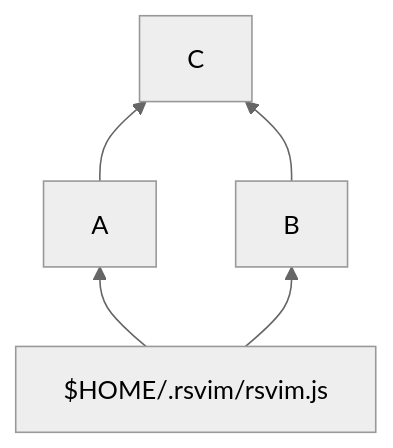
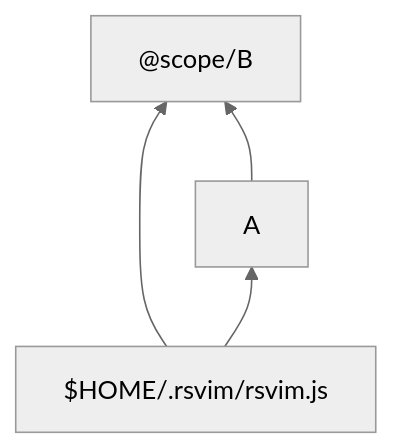
Before and after one commit to rsvim/rsvim.github.io: the diagram in docs/manual/configuration/install_plugin.md, drawn with Mermaid (neutral theme). The commit also changed other lines of this file, not shown here.

````diff
--- a/docs/manual/configuration/install_plugin.md
+++ b/docs/manual/configuration/install_plugin.md
@@ -173,7 +173,6 @@
 ```mermaid
 graph BT;
     $HOME/.rsvim/rsvim.js-->A;
     $HOME/.rsvim/rsvim.js-->B;
-    A-->C;
-    B-->C;
+    A-->B["@scope/B"];
 ```
````
